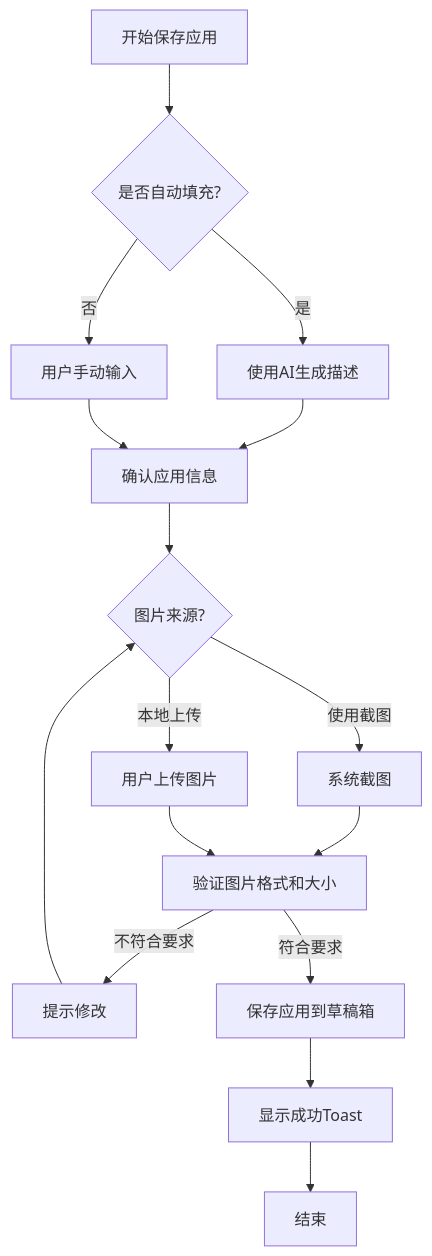
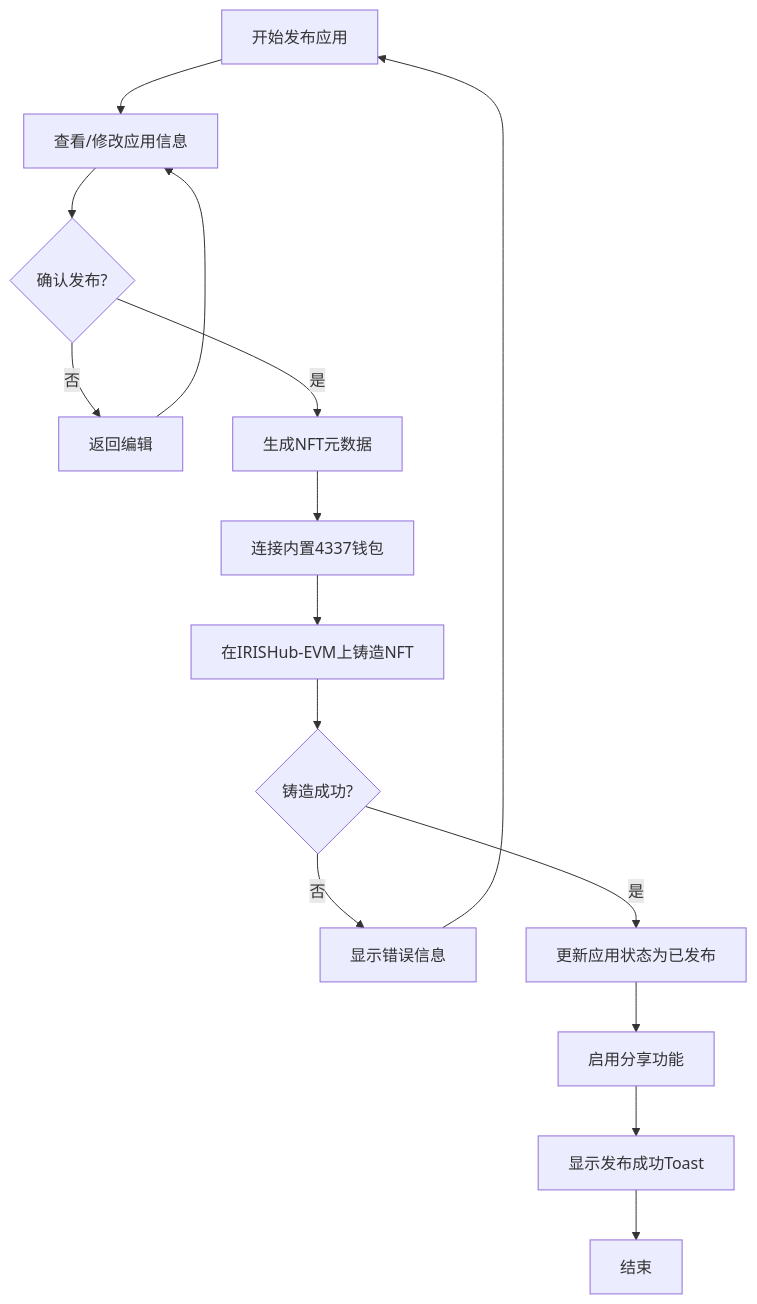
One commit to yingjianzh/iodraw-files changed the diagram in all/未命名-65.md. Above: the diagram before and after it, drawn with Mermaid.

Commit message:
2025-05-22 11:11:58 update

````diff
--- a/all/未命名-65.md
+++ b/all/未命名-65.md
@@ -1,18 +1,17 @@
 ```mermaid
 flowchart TD
-    A[开始保存应用] --> B{是否自动填充?}
-    B -->|是| C[使用AI生成描述]
-    B -->|否| D[用户手动输入]
-    C --> E[确认应用信息]
-    D --> E
-    E --> F{图片来源?}
-    F -->|使用截图| G[系统截图]
-    F -->|本地上传| H[用户上传图片]
-    G --> I[验证图片格式和大小]
-    H --> I
-    I -->|不符合要求| J[提示修改]
-    J --> F
-    I -->|符合要求| K[保存应用到草稿箱]
-    K --> L[显示成功Toast]
+    A[开始发布应用] --> B[查看/修改应用信息]
+    B --> C{确认发布?}
+    C -->|否| D[返回编辑]
+    D --> B
+    C -->|是| E[生成NFT元数据]
+    E --> F[连接内置4337钱包]
+    F --> G[在IRISHub-EVM上铸造NFT]
+    G --> H{铸造成功?}
+    H -->|否| I[显示错误信息]
+    I --> A
+    H -->|是| J[更新应用状态为已发布]
+    J --> K[启用分享功能]
+    K --> L[显示发布成功Toast]
     L --> M[结束]
 ```
````
